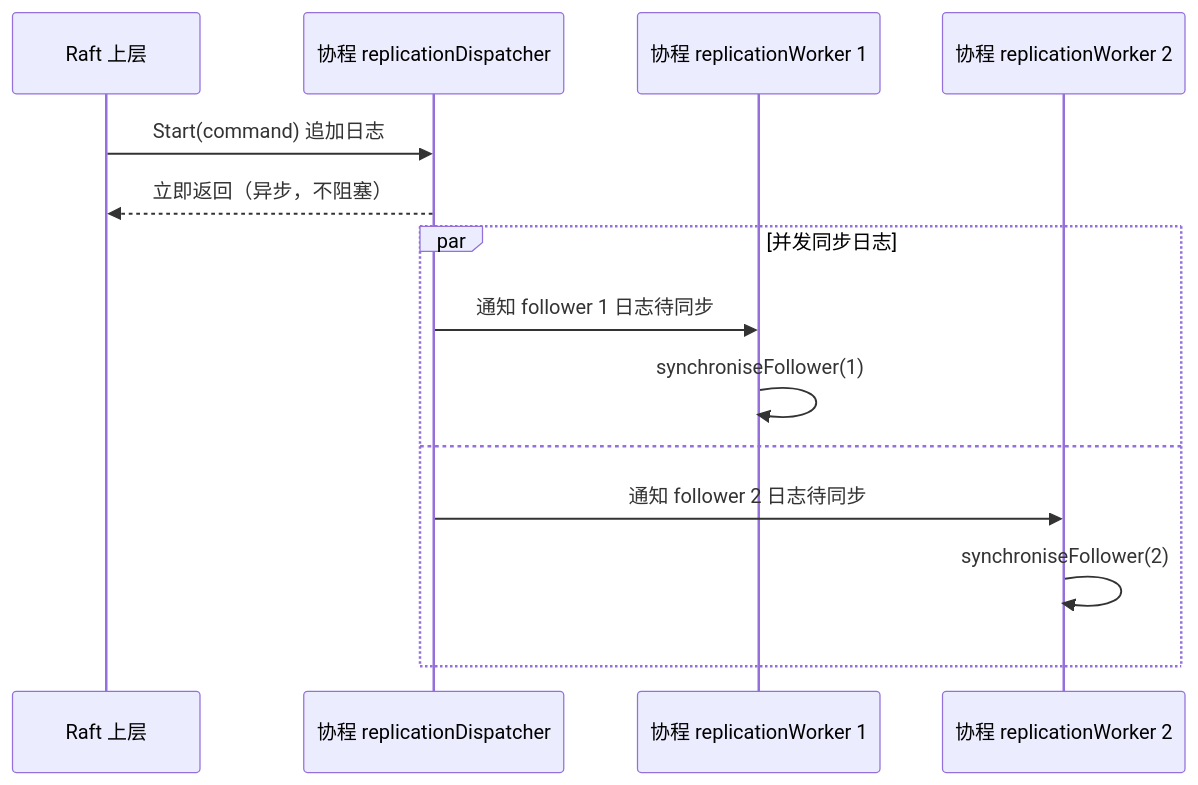
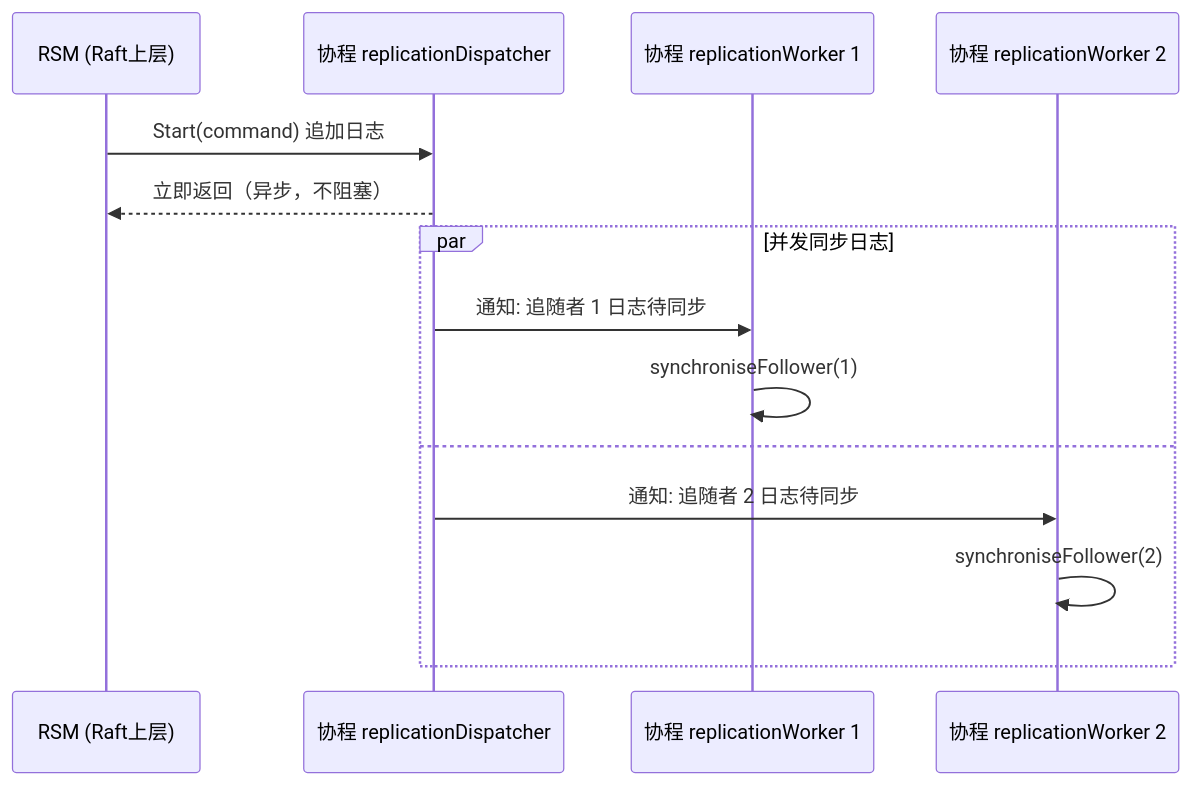
One commit to AOisUsed/mitDistroSys26 changed the third of 3 diagrams in docs/DESIGN.md. Above: the diagram before and after it, drawn with Mermaid. The commit also changed other lines of this file and 11 other files, not shown here.

````diff
--- a/docs/DESIGN.md
+++ b/docs/DESIGN.md
@@ -359,16 +362,16 @@
 ```mermaid
 sequenceDiagram
-    participant RSM as Raft 上层
+    participant RSM as RSM (Raft上层)
     participant D as 协程 replicationDispatcher
     participant W1 as 协程 replicationWorker 1
     participant W2 as 协程 replicationWorker 2
     RSM->>D: Start(command) 追加日志
     D-->>RSM: 立即返回（异步，不阻塞）
     par 并发同步日志
-	    D->>W1: 通知 follower 1 日志待同步
+	    D->>W1: 通知: 追随者 1 日志待同步
         W1->>W1: synchroniseFollower(1)
     and 
-	    D->>W2: 通知 follower 2 日志待同步
+	    D->>W2: 通知: 追随者 2 日志待同步
         W2->>W2: synchroniseFollower(2)
     end
 ```
````
